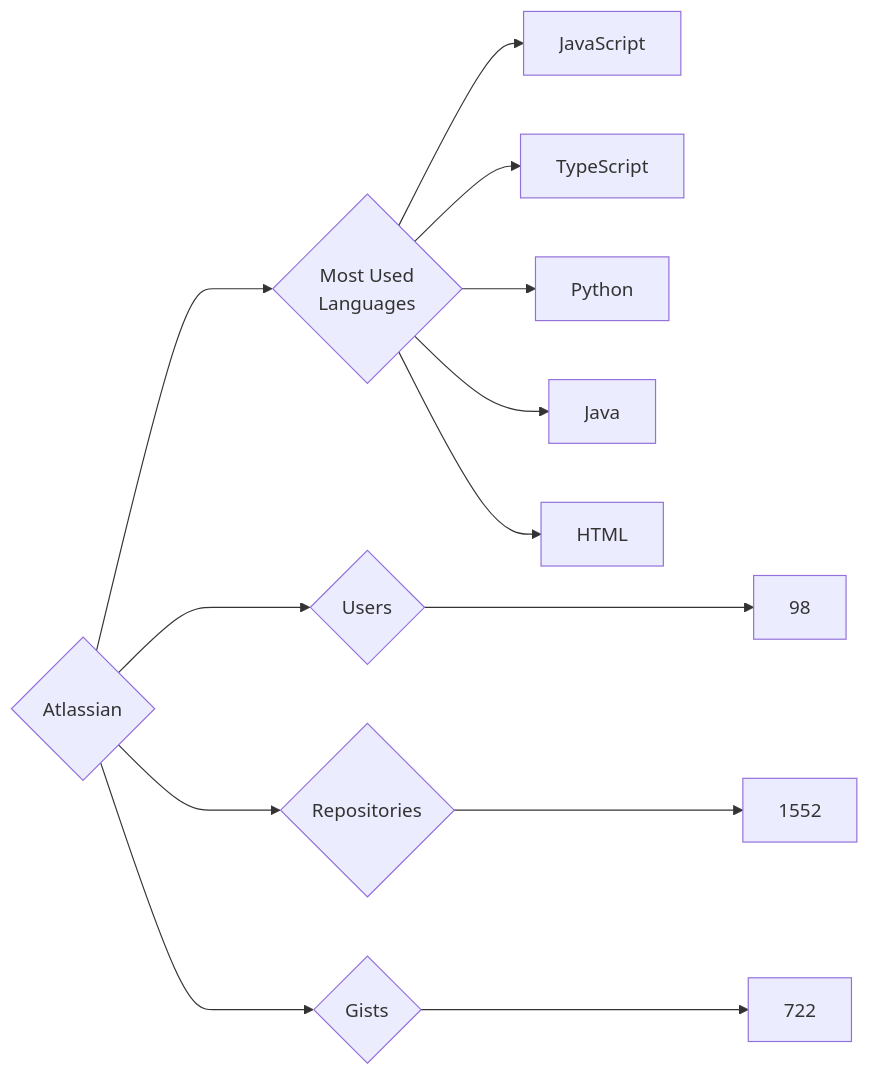
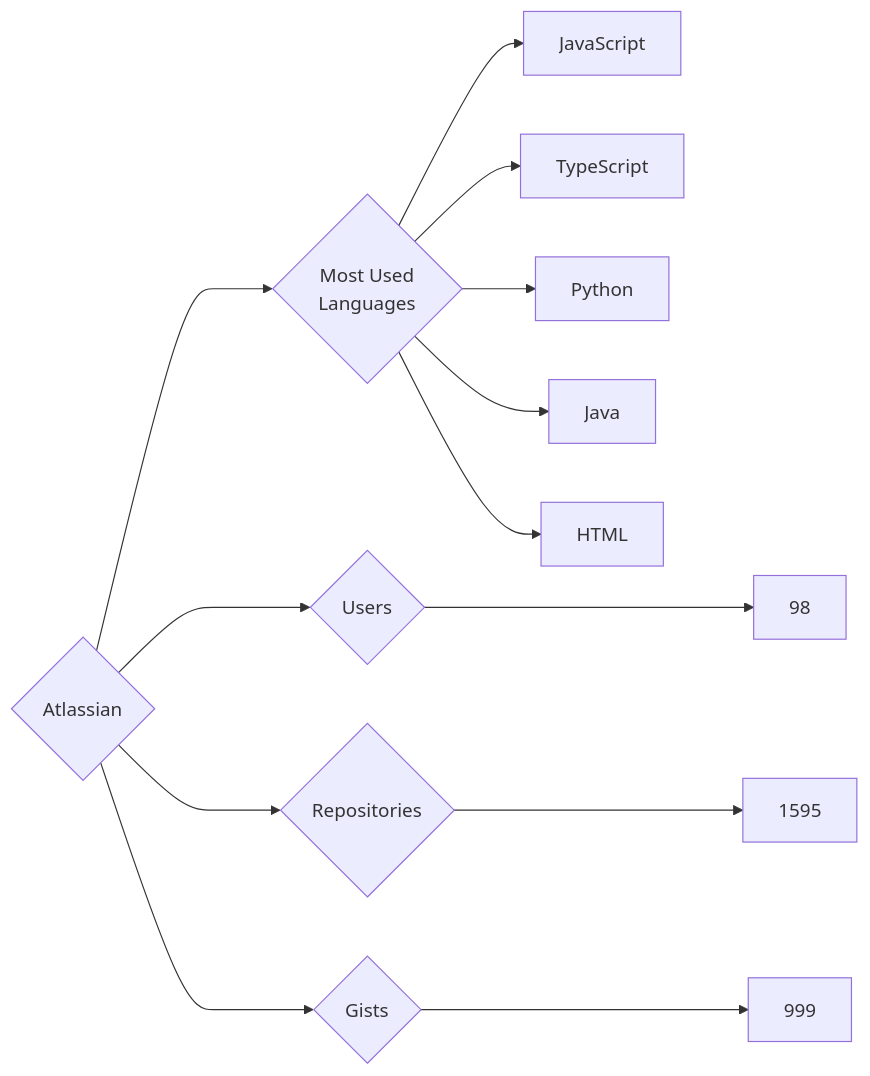
The diagram in targets/Atlassian/README.md (trickest/insiders), drawn with Mermaid before and after one commit. The commit also changed 809 other files, not shown here.

````diff
--- a/targets/Atlassian/README.md
+++ b/targets/Atlassian/README.md
@@ -3,13 +3,13 @@
 ```mermaid
 graph LR
 COMPANY_NAME{Atlassian}
 COMPANY_NAME ---> U{Users} ---> UN[98]
-COMPANY_NAME ---> R{Repositories} ---> RN[1552]
-COMPANY_NAME ---> G{Gists} ---> GN[722]
+COMPANY_NAME ---> R{Repositories} ---> RN[1595]
+COMPANY_NAME ---> G{Gists} ---> GN[999]
 COMPANY_NAME ---> ML{Most Used<br>Languages}
 ML --> JavaScript[JavaScript]
 ML --> TypeScript[TypeScript]
 ML --> Python[Python]
 ML --> Java[Java]
 ML --> HTML[HTML]
 ```
````
